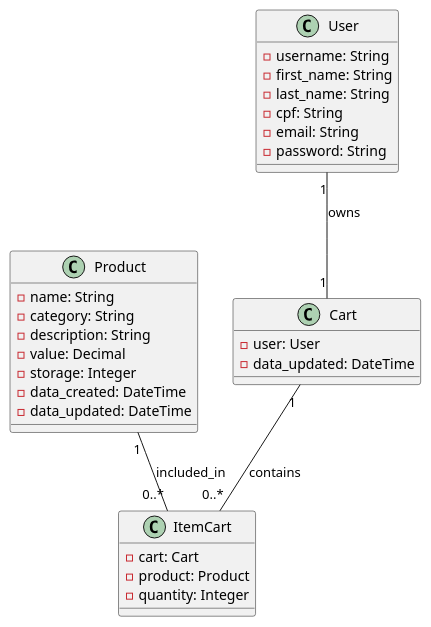
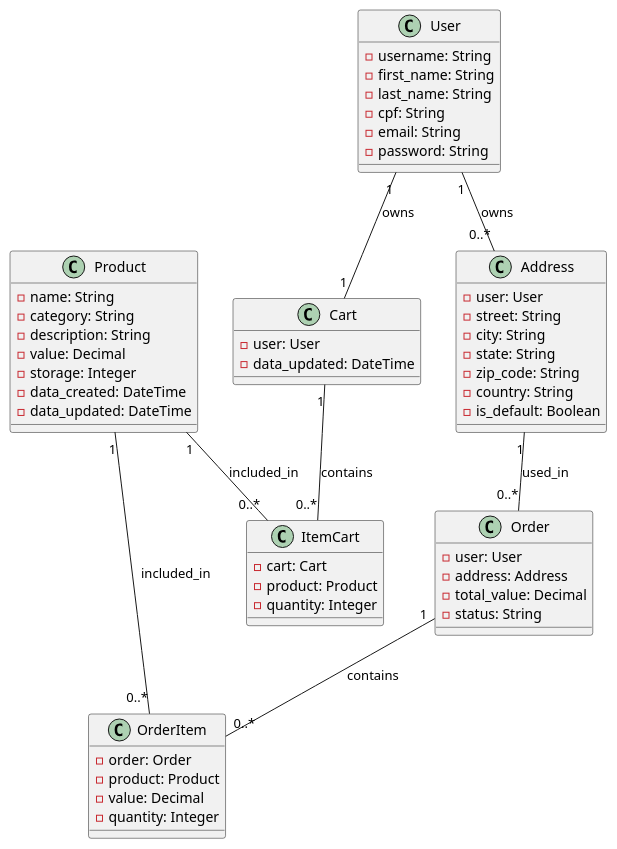
Before and after one commit to RenanCosta2/e-commerce: the diagram in class_diagram.iuml, drawn with PlantUML.

Commit message:
docs: address and order login in class diagram

```diff
--- a/class_diagram.iuml
+++ b/class_diagram.iuml
@@ -1,37 +1,65 @@
 @startuml e-commerce
 
 class Product {
     - name: String
     - category: String
     - description: String
     - value: Decimal
     - storage: Integer
     - data_created: DateTime
     - data_updated: DateTime
 }
 
 class User {
     - username: String
     - first_name: String
     - last_name: String
     - cpf: String
     - email: String
     - password: String
 }
 
 class Cart {
     - user: User
     - data_updated: DateTime
 }
 
 class ItemCart {
     - cart: Cart
     - product: Product
     - quantity: Integer
 }
 
+class Address {
+    - user: User
+    - street: String
+    - city: String
+    - state: String
+    - zip_code: String
+    - country: String
+    - is_default: Boolean
+}
+
+class Order {
+    - user: User
+    - address: Address
+    - total_value: Decimal
+    - status: String
+}
+
+class OrderItem {
+    - order: Order
+    - product: Product
+    - value: Decimal
+    - quantity: Integer
+}
+
 User "1" -- "1" Cart : owns
 Cart "1" -- "0..*" ItemCart : contains
 Product "1" -- "0..*" ItemCart : included_in
+User "1" -- "0..*" Address : owns
+Address "1" -- "0..*" Order : used_in
+Order "1" -- "0..*" OrderItem : contains
+Product "1" -- "0..*" OrderItem : included_in
 
 @enduml
```
